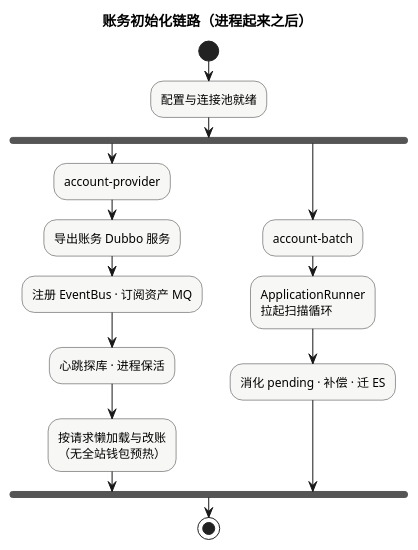
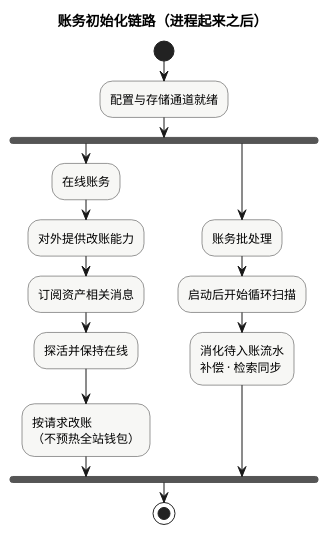
Before and after one commit to bridgehsu/tgex.net: the diagram in docs/07.现货手册/05.核心流程/design/0401-01.plantuml, drawn with PlantUML. The commit also changed 25 other files, not shown here.

First line of the commit message:
Complete spot core flows with cancel and market push docs.

```diff
--- a/docs/07.现货手册/05.核心流程/design/0401-01.plantuml
+++ b/docs/07.现货手册/05.核心流程/design/0401-01.plantuml
@@ -1,24 +1,24 @@
 @startuml 账务初始化链路
 skinparam shadowing false
 skinparam ActivityBorderColor #333
 skinparam ActivityBackgroundColor #F7F7F5
 
 title 账务初始化链路（进程起来之后）
 
 start
-:配置与连接池就绪;
+:配置与存储通道就绪;
 
 fork
-  :account-provider;
-  :导出账务 Dubbo 服务;
-  :注册 EventBus · 订阅资产 MQ;
-  :心跳探库 · 进程保活;
-  :按请求懒加载与改账\n（无全站钱包预热）;
+  :在线账务;
+  :对外提供改账能力;
+  :订阅资产相关消息;
+  :探活并保持在线;
+  :按请求改账\n（不预热全站钱包）;
 fork again
-  :account-batch;
-  :ApplicationRunner\n拉起扫描循环;
-  :消化 pending · 补偿 · 迁 ES;
+  :账务批处理;
+  :启动后开始循环扫描;
+  :消化待入账流水\n补偿 · 检索同步;
 end fork
 
 stop
 @enduml
```
